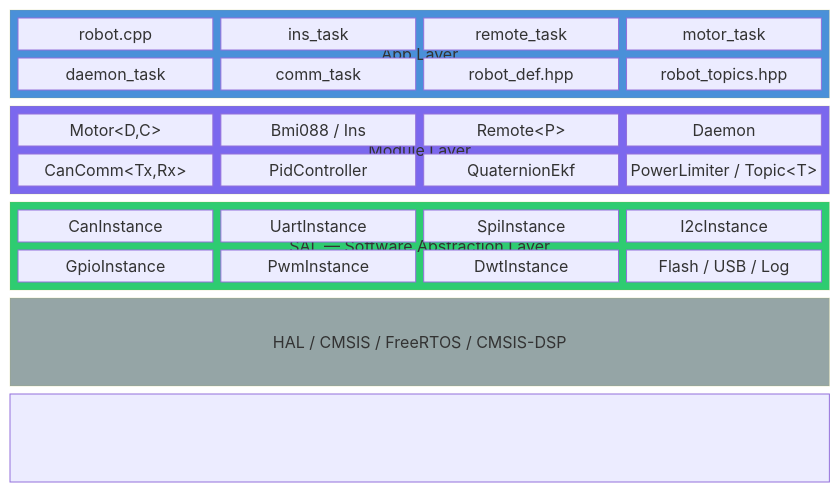
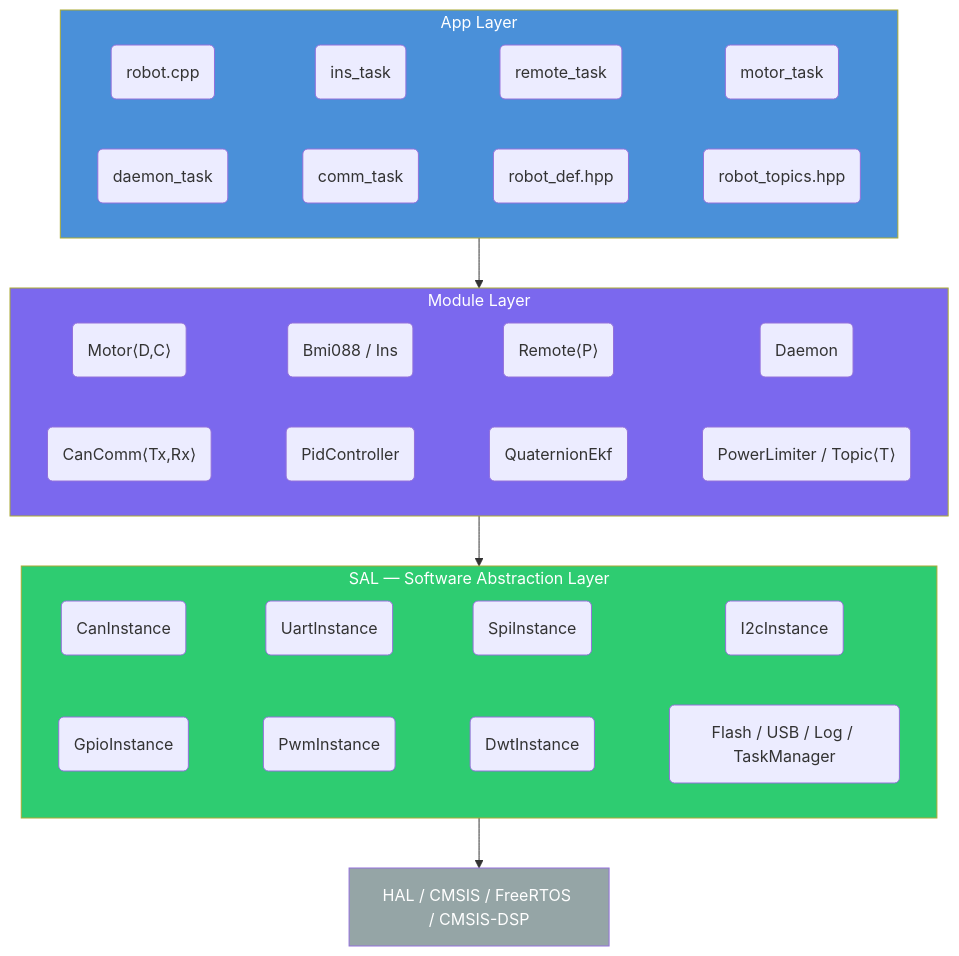
The first of 5 diagrams in README.md (Misaka21/RMEC), drawn with Mermaid before and after one commit.

Commit message:
📝 docs(readme): 架构图 block-beta → graph TD, HAL 改为普通节点

````diff
--- a/README.md
+++ b/README.md
@@ -61,30 +61,25 @@
 ```mermaid
-block-beta
-    columns 1
-    block:App["App Layer"]
-        columns 4
-        A1["robot.cpp"] A2["ins_task"] A3["remote_task"] A4["motor_task"]
-        A5["daemon_task"] A6["comm_task"] A7["robot_def.hpp"] A8["robot_topics.hpp"]
+graph TD
+    subgraph App["App Layer"]
+        direction LR
+        A1(robot.cpp) ~~~ A2(ins_task) ~~~ A3(remote_task) ~~~ A4(motor_task)
+        A5(daemon_task) ~~~ A6(comm_task) ~~~ A7(robot_def.hpp) ~~~ A8(robot_topics.hpp)
     end
-    block:Module["Module Layer"]
-        columns 4
-        M1["Motor&lt;D,C&gt;"] M2["Bmi088 / Ins"] M3["Remote&lt;P&gt;"] M4["Daemon"]
-        M5["CanComm&lt;Tx,Rx&gt;"] M6["PidController"] M7["QuaternionEkf"] M8["PowerLimiter / Topic&lt;T&gt;"]
+    subgraph Module["Module Layer"]
+        direction LR
+        M1("Motor⟨D,C⟩") ~~~ M2(Bmi088 / Ins) ~~~ M3("Remote⟨P⟩") ~~~ M4(Daemon)
+        M5("CanComm⟨Tx,Rx⟩") ~~~ M6(PidController) ~~~ M7(QuaternionEkf) ~~~ M8("PowerLimiter / Topic⟨T⟩")
     end
-    block:SAL["SAL — Software Abstraction Layer"]
-        columns 4
-        S1["CanInstance"] S2["UartInstance"] S3["SpiInstance"] S4["I2cInstance"]
-        S5["GpioInstance"] S6["PwmInstance"] S7["DwtInstance"] S8["Flash / USB / Log"]
-    end
-    block:HAL["HAL / CMSIS / FreeRTOS / CMSIS-DSP"]
-        columns 1
-        space
+    subgraph SAL["SAL — Software Abstraction Layer"]
+        direction LR
+        S1(CanInstance) ~~~ S2(UartInstance) ~~~ S3(SpiInstance) ~~~ S4(I2cInstance)
+        S5(GpioInstance) ~~~ S6(PwmInstance) ~~~ S7(DwtInstance) ~~~ S8("Flash / USB / Log / TaskManager")
     end
 
-    App --> Module --> SAL --> HAL
+    App --> Module --> SAL --> HAL["HAL / CMSIS / FreeRTOS / CMSIS-DSP"]
 
     style App fill:#4a90d9,color:#fff
     style Module fill:#7b68ee,color:#fff
     style SAL fill:#2ecc71,color:#fff
     style HAL fill:#95a5a6,color:#fff
 ```
````
